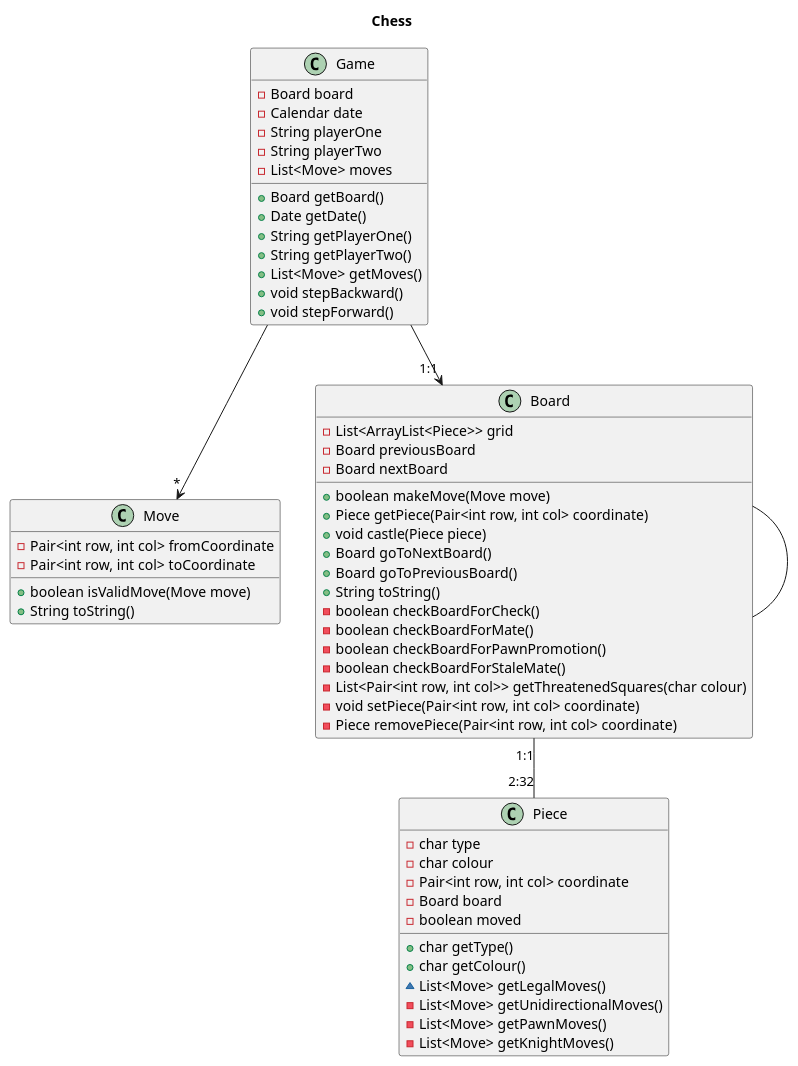
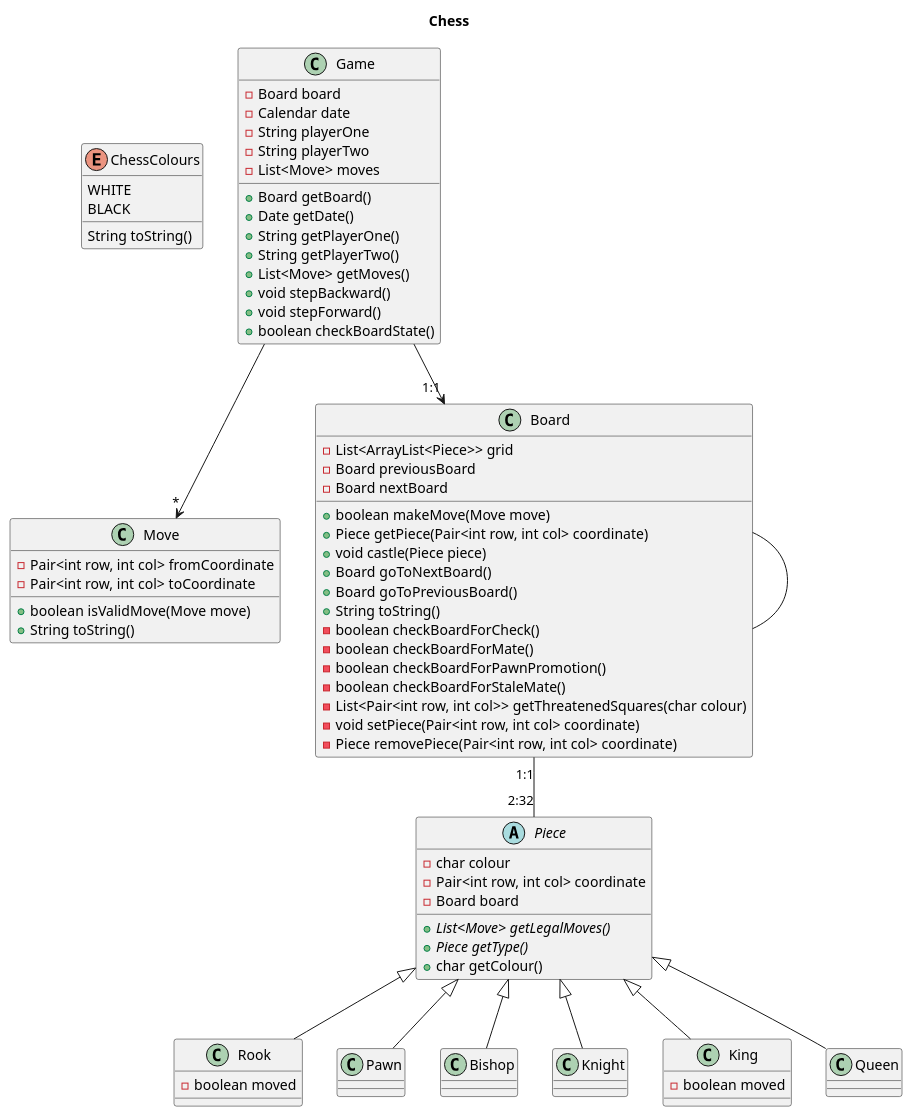
One commit to thorsjur/tdt4100-project changed the diagram in Project UML.plantuml. Above: the diagram before and after it, drawn with PlantUML. The commit also changed 18 other files, not shown here.

```diff
--- a/Project UML.plantuml
+++ b/Project UML.plantuml
@@ -1,70 +1,98 @@
 @startuml Chess
 title Chess
 
-class Piece {
-    -char type
-    -char colour
-    -Pair<int row, int col> coordinate
-    -Board board
-    -boolean moved
-    +char getType()
-    +char getColour()
-    ~List<Move> getLegalMoves()
-    -List<Move> getUnidirectionalMoves()
-    -List<Move> getPawnMoves()
-    -List<Move> getKnightMoves()
 
+enum ChessColours {
+    WHITE
+    BLACK
+    String toString()
 }
 
 class Move {
     -Pair<int row, int col> fromCoordinate
     -Pair<int row, int col> toCoordinate
     +boolean isValidMove(Move move)
     +String toString()
 
 }
 
 class Board {
     -List<ArrayList<Piece>> grid
     -Board previousBoard
     -Board nextBoard
     +boolean makeMove(Move move)
     +Piece getPiece(Pair<int row, int col> coordinate)
     +void castle(Piece piece)
     +Board goToNextBoard()
     +Board goToPreviousBoard()
     +String toString()
     -boolean checkBoardForCheck()
     -boolean checkBoardForMate()
     -boolean checkBoardForPawnPromotion()
     -boolean checkBoardForStaleMate()
     -List<Pair<int row, int col>> getThreatenedSquares(char colour)
     -void setPiece(Pair<int row, int col> coordinate)
     -Piece removePiece(Pair<int row, int col> coordinate)
     
 
 }
 
 class Game {
     -Board board
     -Calendar date
     -String playerOne
     -String playerTwo
     -List<Move> moves
     +Board getBoard()
     +Date getDate()
     +String getPlayerOne()
     +String getPlayerTwo()
     +List<Move> getMoves()
     +void stepBackward()
     +void stepForward()
+    +boolean checkBoardState()
 
 }
+
+abstract class Piece {
+    -char colour
+    -Pair<int row, int col> coordinate
+    -Board board
+    + {abstract} List<Move> getLegalMoves()
+    + {abstract} Piece getType()
+    +char getColour()
+    
+}
+
+class Rook extends Piece {
+    -boolean moved
+}
+
+class Pawn extends Piece {
+
+}
+
+class Bishop extends Piece {
+    
+}
+
+class Knight extends Piece {
+
+}
+
+class King extends Piece {
+    -boolean moved
+}
+
+class Queen extends Piece {
+
+}
+
 Game --> "*" Move
 Game --> "1:1" Board
 Board "1:1"  -- "2:32" Piece
 Board -- Board
 
 
 
 @enduml
```
